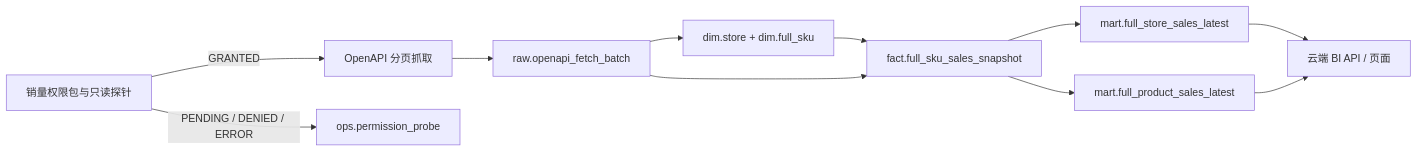
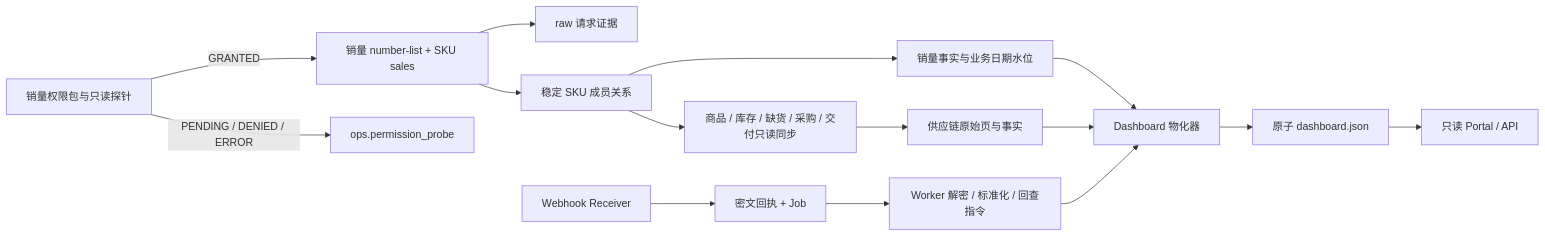
One commit to dushengyi1993/shein-full-managed-bi changed the diagram in docs/architecture.md. Above: the diagram before and after it, drawn with Mermaid. The commit also changed other lines of this file and 108 other files, not shown here.

````diff
--- a/docs/architecture.md
+++ b/docs/architecture.md
@@ -11,13 +11,17 @@
 ```mermaid
 flowchart LR
-    P["销量权限包与只读探针"] -->|GRANTED| F["OpenAPI 分页抓取"]
+    P["销量权限包与只读探针"] -->|GRANTED| S["销量 number-list + SKU sales"]
     P -->|PENDING / DENIED / ERROR| O["ops.permission_probe"]
-    F --> R["raw.openapi_fetch_batch"]
-    R --> D["dim.store + dim.full_sku"]
-    D --> S["fact.full_sku_sales_snapshot"]
-    R --> S
-    S --> M1["mart.full_store_sales_latest"]
-    S --> M2["mart.full_product_sales_latest"]
-    M1 --> BI["云端 BI API / 页面"]
-    M2 --> BI
+    S --> R["raw 请求证据"]
+    S --> D["稳定 SKU 成员关系"]
+    D --> SF["销量事实与业务日期水位"]
+    D --> Q["商品 / 库存 / 缺货 / 采购 / 交付只读同步"]
+    Q --> RF["供应链原始页与事实"]
+    WH["Webhook Receiver"] --> WR["密文回执 + Job"]
+    WR --> WW["Worker 解密 / 标准化 / 回查指令"]
+    SF --> M["Dashboard 物化器"]
+    RF --> M
+    WW --> M
+    M --> J["原子 dashboard.json"]
+    J --> BI["只读 Portal / API"]
 ```
````
